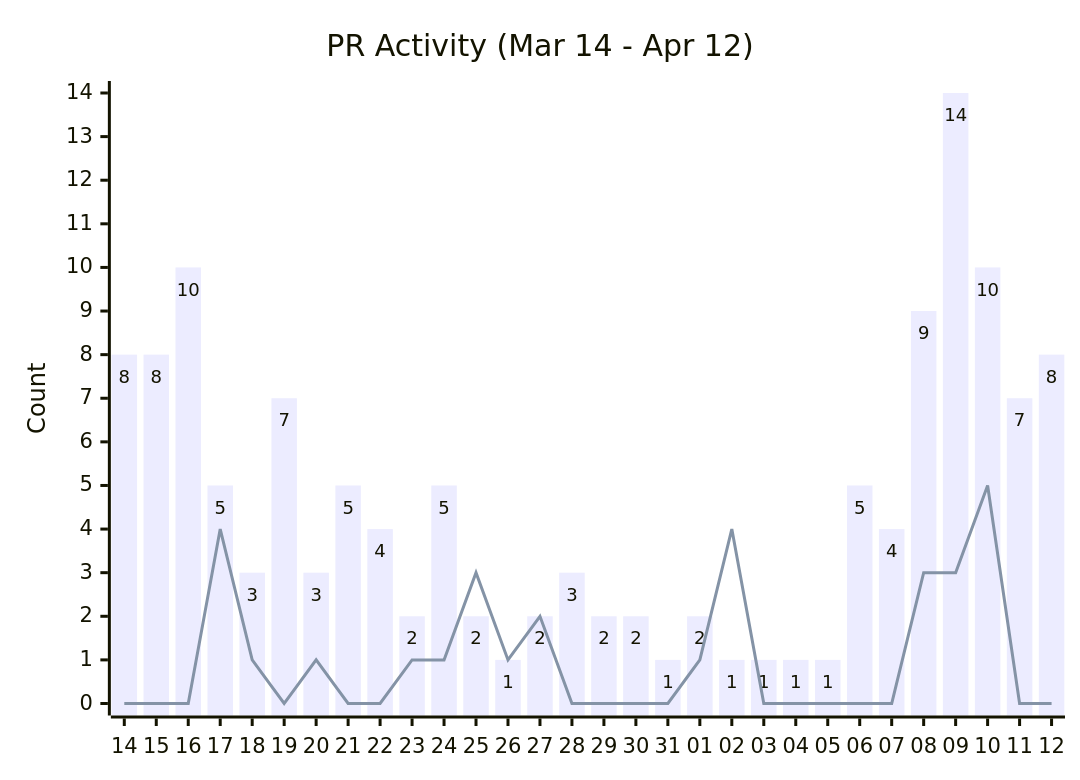
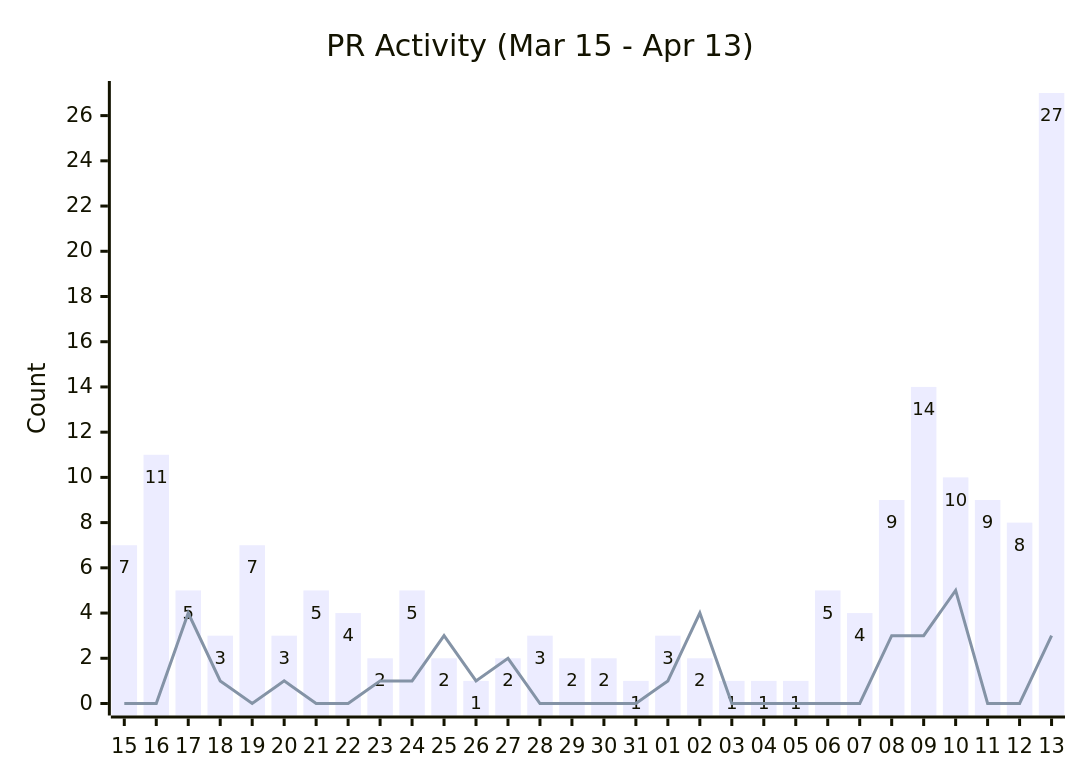
Before and after one commit to cocosheng-g/gemini-cli: the second of 7 diagrams in triage/CONTRIBUTION_METRICS.md, drawn with Mermaid. The commit also changed other lines of this file, not shown here.

````diff
--- a/triage/CONTRIBUTION_METRICS.md
+++ b/triage/CONTRIBUTION_METRICS.md
@@ -28,13 +28,13 @@
 ```mermaid
 ---
 config:
   xyChart:
     showDataLabel: true
 ---
 xychart-beta
-    title "PR Activity (Mar 14 - Apr 12)"
-    x-axis ["14", "15​", "16​​", "17​​​", "18​​​​", "19​​​​​", "20​​​​​​", "21​​​​​​​", "22​​​​​​​​", "23​​​​​​​​​", "24​​​​​​​​​​", "25​​​​​​​​​​​", "26​​​​​​​​​​​​", "27​​​​​​​​​​​​​", "28​​​​​​​​​​​​​​", "29​​​​​​​​​​​​​​​", "30​​​​​​​​​​​​​​​​", "31​​​​​​​​​​​​​​​​​", "01​​​​​​​​​​​​​​​​​​", "02​​​​​​​​​​​​​​​​​​​", "03​​​​​​​​​​​​​​​​​​​​", "04​​​​​​​​​​​​​​​​​​​​​", "05​​​​​​​​​​​​​​​​​​​​​​", "06​​​​​​​​​​​​​​​​​​​​​​​", "07​​​​​​​​​​​​​​​​​​​​​​​​", "08​​​​​​​​​​​​​​​​​​​​​​​​​", "09​​​​​​​​​​​​​​​​​​​​​​​​​​", "10​​​​​​​​​​​​​​​​​​​​​​​​​​​", "11​​​​​​​​​​​​​​​​​​​​​​​​​​​​", "12​​​​​​​​​​​​​​​​​​​​​​​​​​​​​"]
+    title "PR Activity (Mar 15 - Apr 13)"
+    x-axis ["15", "16​", "17​​", "18​​​", "19​​​​", "20​​​​​", "21​​​​​​", "22​​​​​​​", "23​​​​​​​​", "24​​​​​​​​​", "25​​​​​​​​​​", "26​​​​​​​​​​​", "27​​​​​​​​​​​​", "28​​​​​​​​​​​​​", "29​​​​​​​​​​​​​​", "30​​​​​​​​​​​​​​​", "31​​​​​​​​​​​​​​​​", "01​​​​​​​​​​​​​​​​​", "02​​​​​​​​​​​​​​​​​​", "03​​​​​​​​​​​​​​​​​​​", "04​​​​​​​​​​​​​​​​​​​​", "05​​​​​​​​​​​​​​​​​​​​​", "06​​​​​​​​​​​​​​​​​​​​​​", "07​​​​​​​​​​​​​​​​​​​​​​​", "08​​​​​​​​​​​​​​​​​​​​​​​​", "09​​​​​​​​​​​​​​​​​​​​​​​​​", "10​​​​​​​​​​​​​​​​​​​​​​​​​​", "11​​​​​​​​​​​​​​​​​​​​​​​​​​​", "12​​​​​​​​​​​​​​​​​​​​​​​​​​​​", "13​​​​​​​​​​​​​​​​​​​​​​​​​​​​​"]
     y-axis "Count"
-    bar [8, 8, 10, 5, 3, 7, 3, 5, 4, 2, 5, 2, 1, 2, 3, 2, 2, 1, 2, 1, 1, 1, 1, 5, 4, 9, 14, 10, 7, 8]
-    line [0, 0, 0, 4, 1, 0, 1, 0, 0, 1, 1, 3, 1, 2, 0, 0, 0, 0, 1, 4, 0, 0, 0, 0, 0, 3, 3, 5, 0, 0]
+    bar [7, 11, 5, 3, 7, 3, 5, 4, 2, 5, 2, 1, 2, 3, 2, 2, 1, 3, 2, 1, 1, 1, 5, 4, 9, 14, 10, 9, 8, 27]
+    line [0, 0, 4, 1, 0, 1, 0, 0, 1, 1, 3, 1, 2, 0, 0, 0, 0, 1, 4, 0, 0, 0, 0, 0, 3, 3, 5, 0, 0, 3]
 ```
````
